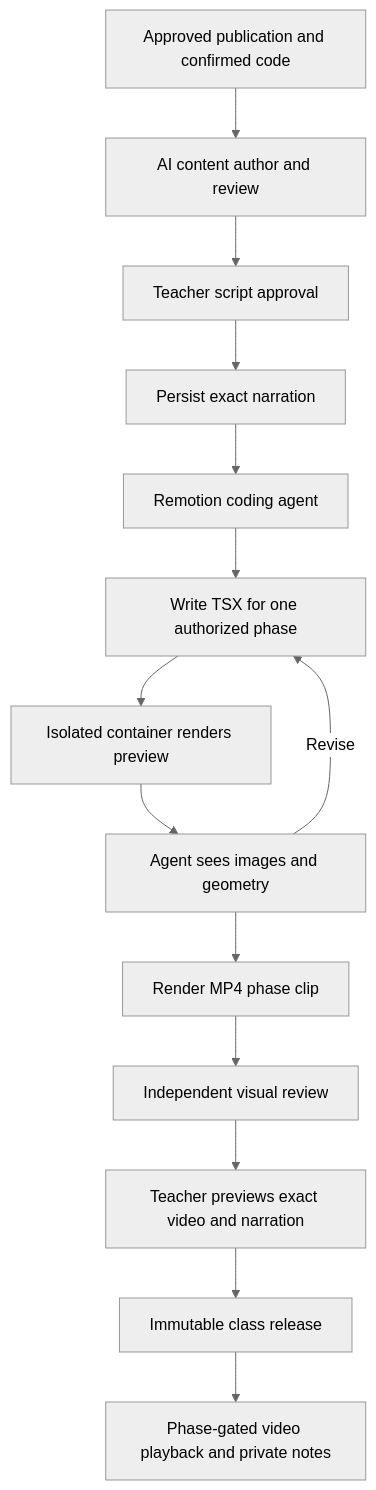
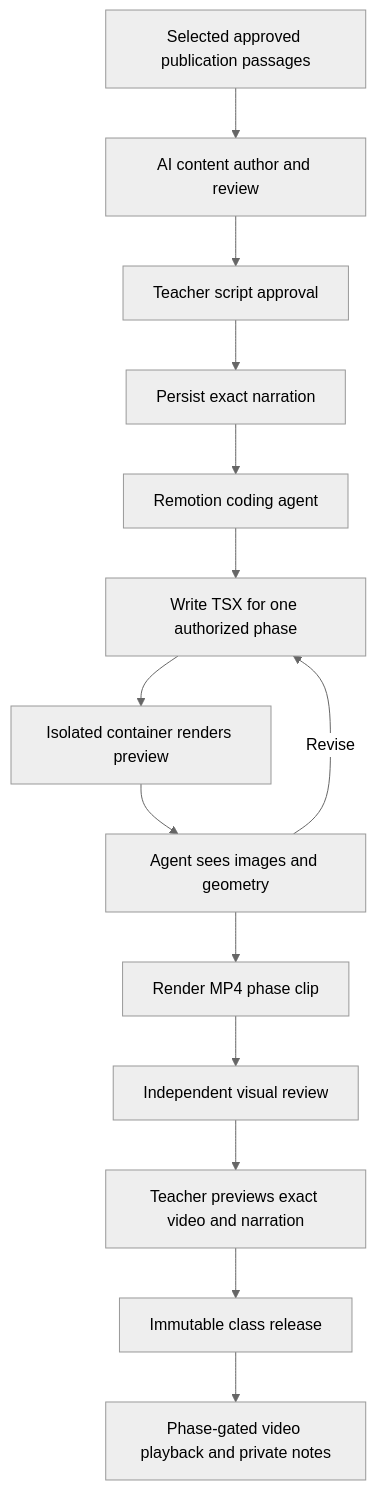
One commit to ducnguyen67201/TroApp changed the seventh of 7 diagrams in docs/Architecture.md. Above: the diagram before and after it, drawn with Mermaid (neutral theme). The commit also changed other lines of this file and 64 other files, not shown here.

````diff
--- a/docs/Architecture.md
+++ b/docs/Architecture.md
@@ -703,16 +716,16 @@
 ```mermaid
 flowchart TD
-  Source[Approved publication and confirmed code] --> Draft[AI content author and review]
+  Source[Selected approved publication passages] --> Draft[AI content author and review]
   Draft --> Script[Teacher script approval]
   Script --> Speech[Persist exact narration]
   Speech --> Agent[Remotion coding agent]
   Agent --> Write[Write TSX for one authorized phase]
   Write --> Sandbox[Isolated container renders preview]
   Sandbox --> Inspect[Agent sees images and geometry]
   Inspect -->|Revise| Write
   Inspect --> Clip[Render MP4 phase clip]
   Clip --> Review[Independent visual review]
   Review --> Preview[Teacher previews exact video and narration]
   Preview --> Release[Immutable class release]
   Release --> Player[Phase-gated video playback and private notes]
 ```
````
